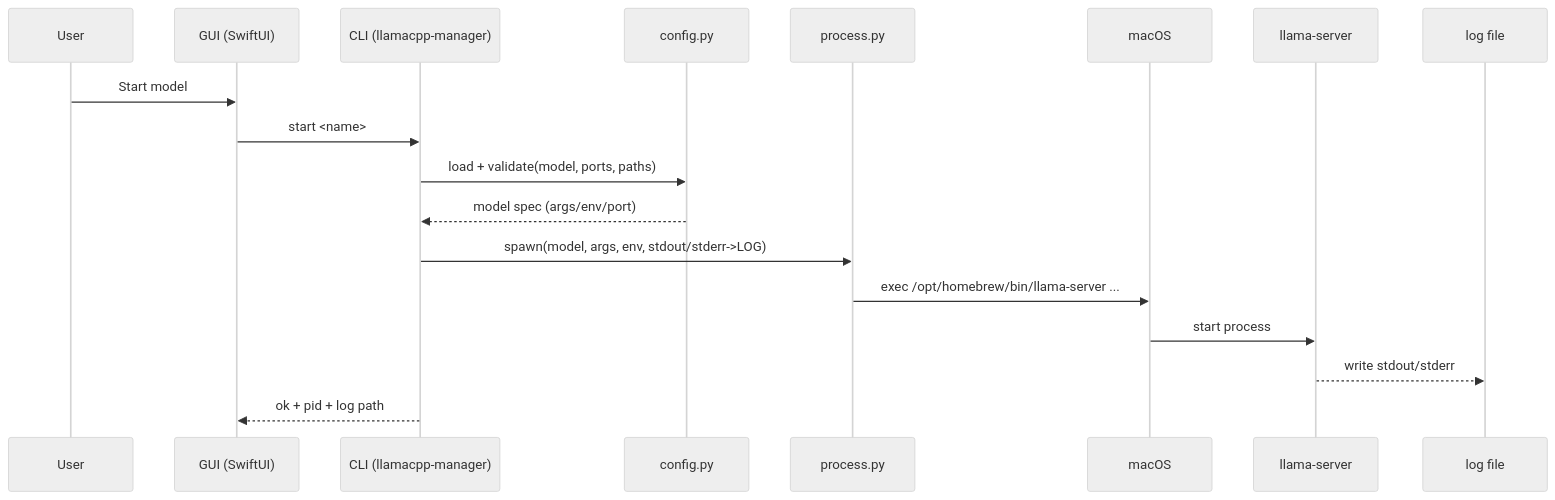
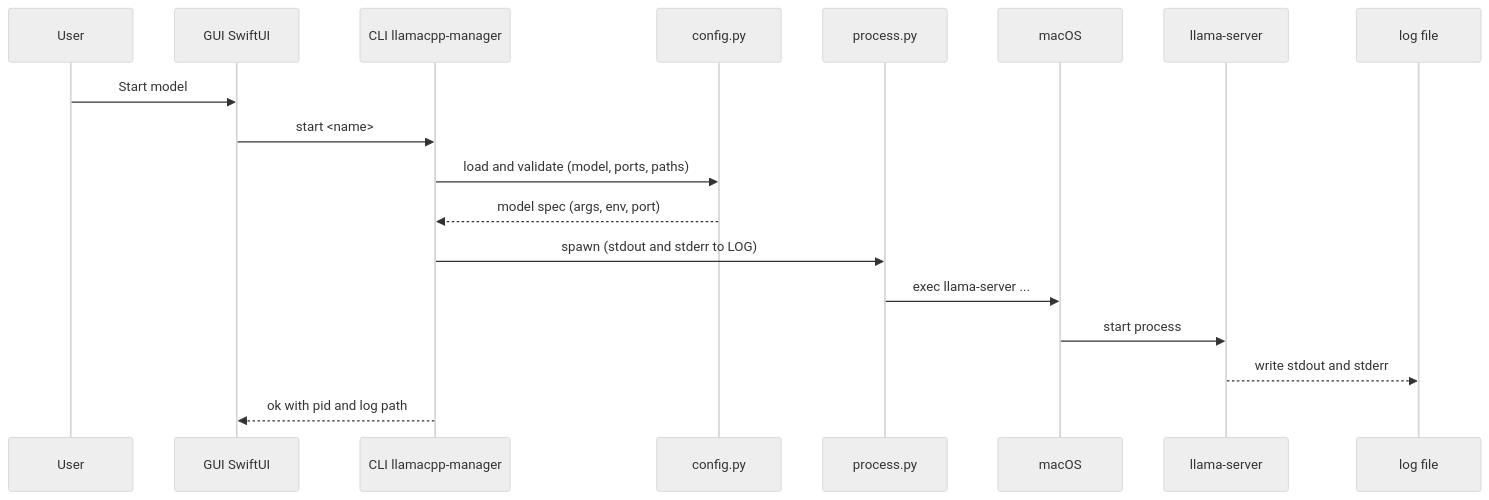
One commit to arionrepo/llamaCPPManager changed the second of 4 diagrams in docs/design.md. Above: the diagram before and after it, drawn with Mermaid (neutral theme). The commit also changed other lines of this file, not shown here.

Commit message:
docs: fix Mermaid syntax for GitHub renderer (remove parentheses in labels, adjust messages)

````diff
--- a/docs/design.md
+++ b/docs/design.md
@@ -48,21 +48,21 @@
 ```mermaid
 sequenceDiagram
   participant U as User
-  participant GUI as GUI (SwiftUI)
-  participant CLI as CLI (llamacpp-manager)
+  participant GUI as GUI SwiftUI
+  participant CLI as CLI llamacpp-manager
   participant CFG as config.py
   participant PROC as process.py
   participant OS as macOS
   participant S as llama-server
   participant LOG as log file
 
   U->>GUI: Start model
   GUI->>CLI: start <name>
-  CLI->>CFG: load + validate(model, ports, paths)
-  CFG-->>CLI: model spec (args/env/port)
-  CLI->>PROC: spawn(model, args, env, stdout/stderr->LOG)
-  PROC->>OS: exec /opt/homebrew/bin/llama-server ...
+  CLI->>CFG: load and validate (model, ports, paths)
+  CFG-->>CLI: model spec (args, env, port)
+  CLI->>PROC: spawn (stdout and stderr to LOG)
+  PROC->>OS: exec llama-server ...
   OS->>S: start process
-  S-->>LOG: write stdout/stderr
-  CLI-->>GUI: ok + pid + log path
+  S-->>LOG: write stdout and stderr
+  CLI-->>GUI: ok with pid and log path
 ```
````
